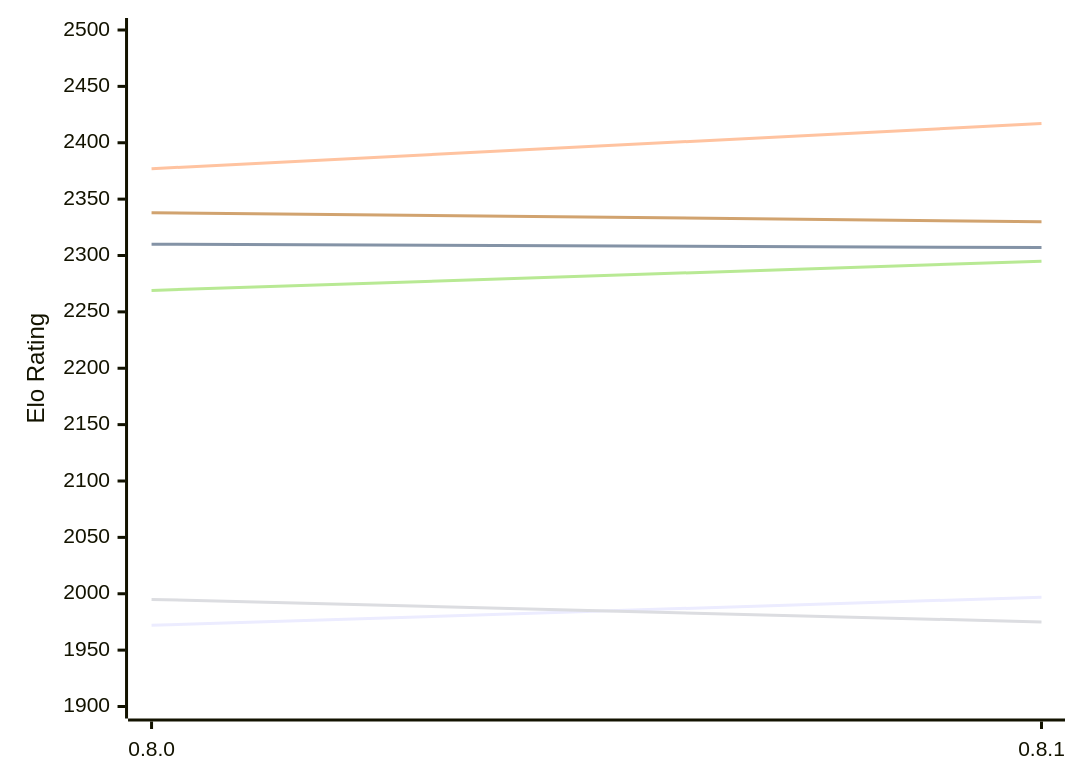
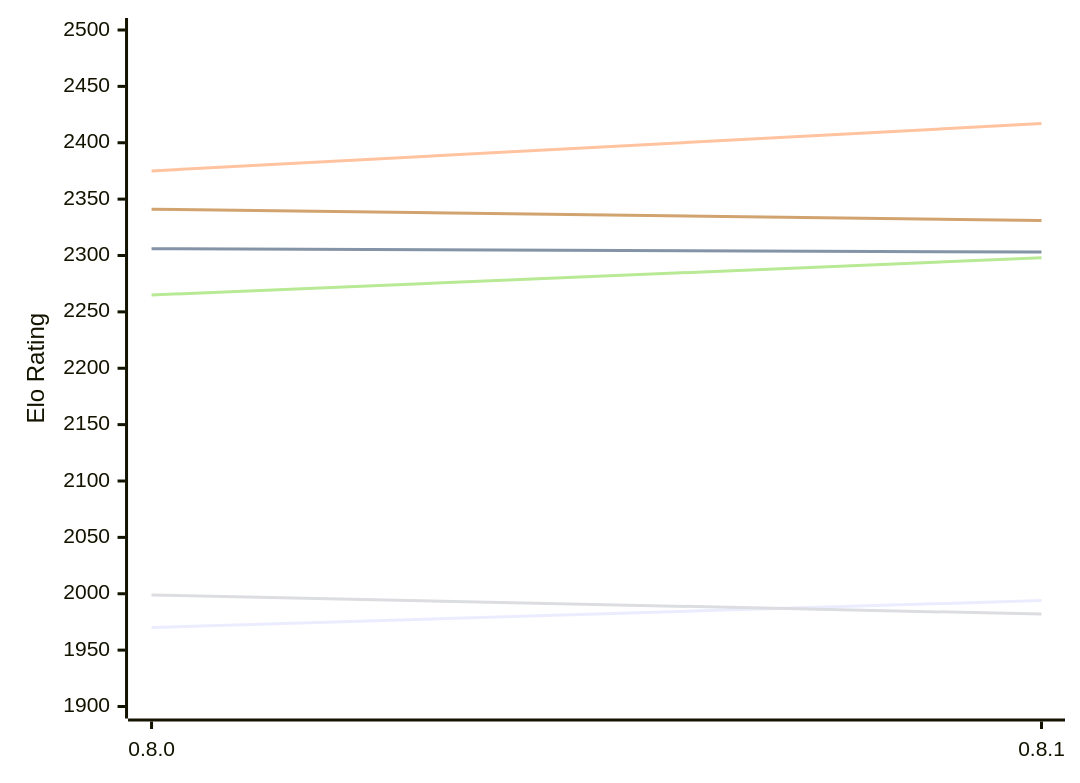
The diagram in engines/LittleWing.md (computer-chess-index/cci), drawn with Mermaid before and after one commit. The commit also changed other lines of this file, not shown here.

Commit message:
Update CCI Ratings (ELO VLTC) - 2026-11-21

````diff
--- a/engines/LittleWing.md
+++ b/engines/LittleWing.md
@@ -49,12 +49,12 @@
 ```mermaid
 %%{init: {"theme":"base","themeVariables":{"seriesColors:['#a3a3a3','#222221','#faa371']}}}%%
 xychart-beta
   x-axis ["0.8.0", "0.8.1"]
   y-axis "Elo Rating" 1900 --> 2500
-  line "E1: STC (8.0+0.08s)" [1972, 1997]
-  line "E1: LTC (60.0+0.60s)" [2310, 2307]
-  line "E1: VLTC (2m24s+1.12s)" [2377, 2417]
-  line "P1: STC (8.0+0.08s)" [1995, 1975]
-  line "P1: LTC (60.0+0.60s)" [2269, 2295]
-  line "P1: VLTC (2m24s+1.12s)" [2338, 2330]
+  line "E1: STC (8.0+0.08s)" [1970, 1994]
+  line "E1: LTC (60.0+0.60s)" [2306, 2303]
+  line "E1: VLTC (2m24s+1.12s)" [2375, 2417]
+  line "P1: STC (8.0+0.08s)" [1999, 1982]
+  line "P1: LTC (60.0+0.60s)" [2265, 2298]
+  line "P1: VLTC (2m24s+1.12s)" [2341, 2331]
 ```
````
